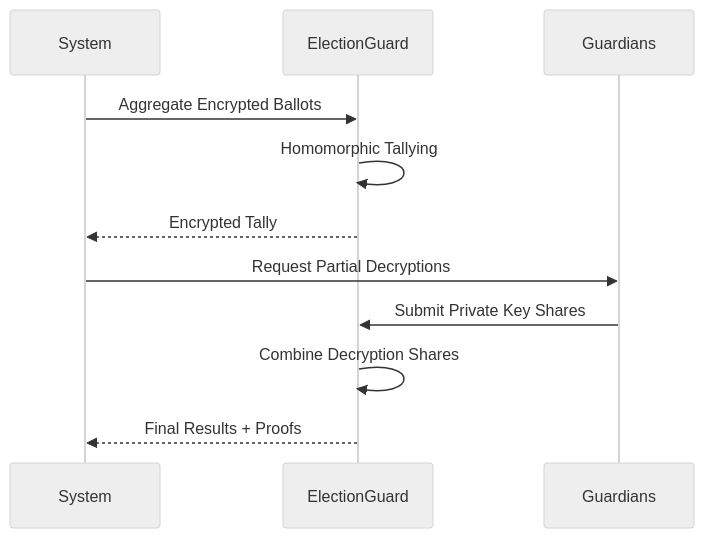
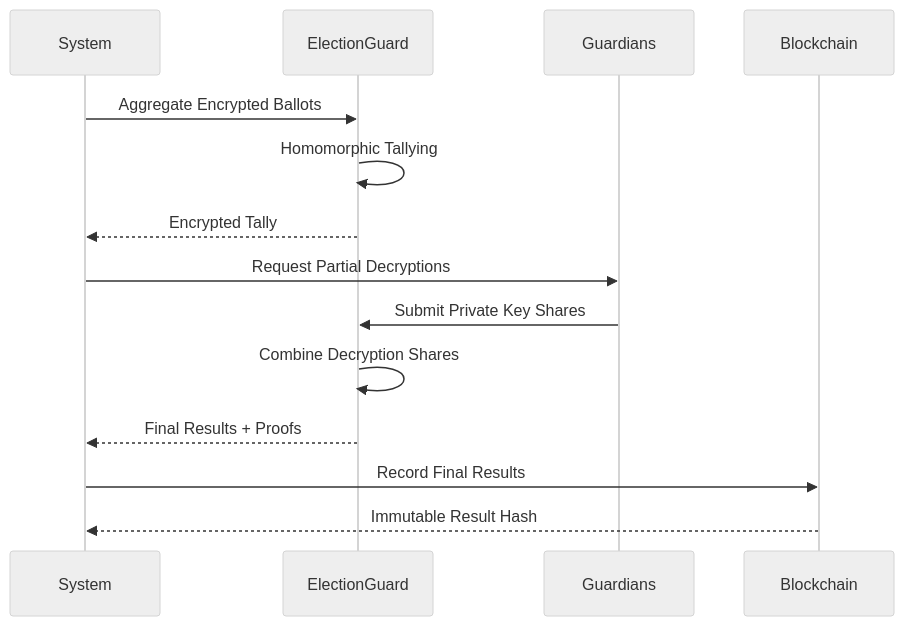
One commit to TAR2003/AmarVote changed the third of 3 diagrams in README.md. Above: the diagram before and after it, drawn with Mermaid (neutral theme). The commit also changed other lines of this file and 82 other files, not shown here.

````diff
--- a/README.md
+++ b/README.md
@@ -325,14 +342,17 @@
 ```mermaid
 sequenceDiagram
     participant System as System
     participant EG as ElectionGuard
     participant Guardians as Guardians
+    participant BC as Blockchain
 
     System->>EG: Aggregate Encrypted Ballots
     EG->>EG: Homomorphic Tallying
     EG-->>System: Encrypted Tally
     System->>Guardians: Request Partial Decryptions
     Guardians->>EG: Submit Private Key Shares
     EG->>EG: Combine Decryption Shares
     EG-->>System: Final Results + Proofs
+    System->>BC: Record Final Results
+    BC-->>System: Immutable Result Hash
 ```
````
